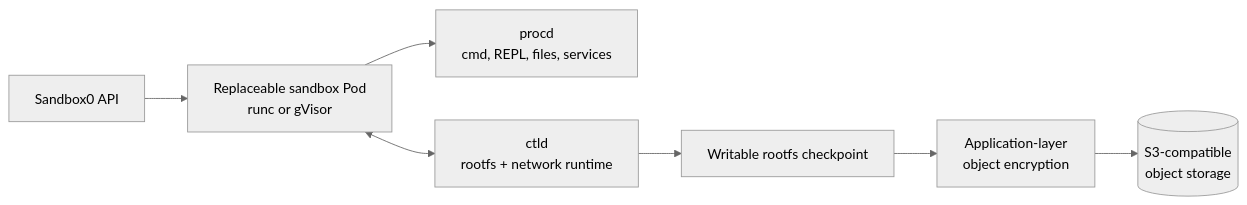
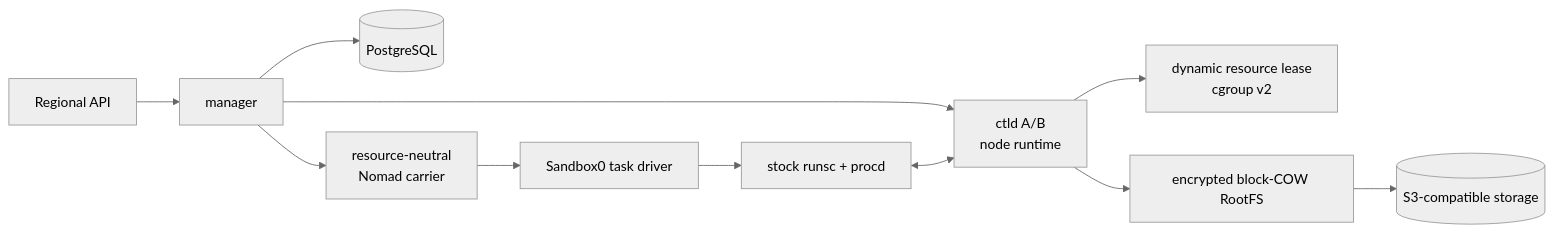
Before and after one commit to sandbox0-ai/sandbox0: the diagram in README.md, drawn with Mermaid (neutral theme). The commit also changed other lines of this file and 876 other files, not shown here.

Commit message:
refactor(runtime): complete Nomad-only block COW cutover

````diff
--- a/README.md
+++ b/README.md
@@ -110,9 +113,13 @@
 ```mermaid
 flowchart LR
-    api["Sandbox0 API"] --> pod["Replaceable sandbox Pod<br/>runc or gVisor"]
-    pod --> procd["procd<br/>cmd, REPL, files, services"]
-    pod <--> ctld["ctld<br/>rootfs + network runtime"]
-    ctld --> rootfs["Writable rootfs checkpoint"]
-    rootfs --> encryption["Application-layer<br/>object encryption"]
-    encryption --> object[("S3-compatible<br/>object storage")]
+    api["Regional API"] --> manager["manager"]
+    manager --> pg[("PostgreSQL")]
+    manager --> slot["resource-neutral<br/>Nomad carrier"]
+    manager --> ctld["ctld A/B<br/>node runtime"]
+    ctld --> lease["dynamic resource lease<br/>cgroup v2"]
+    slot --> driver["Sandbox0 task driver"]
+    driver --> runsc["stock runsc + procd"]
+    runsc <--> ctld
+    ctld --> rootfs["encrypted block-COW RootFS"]
+    rootfs --> object[("S3-compatible storage")]
 ```
````
